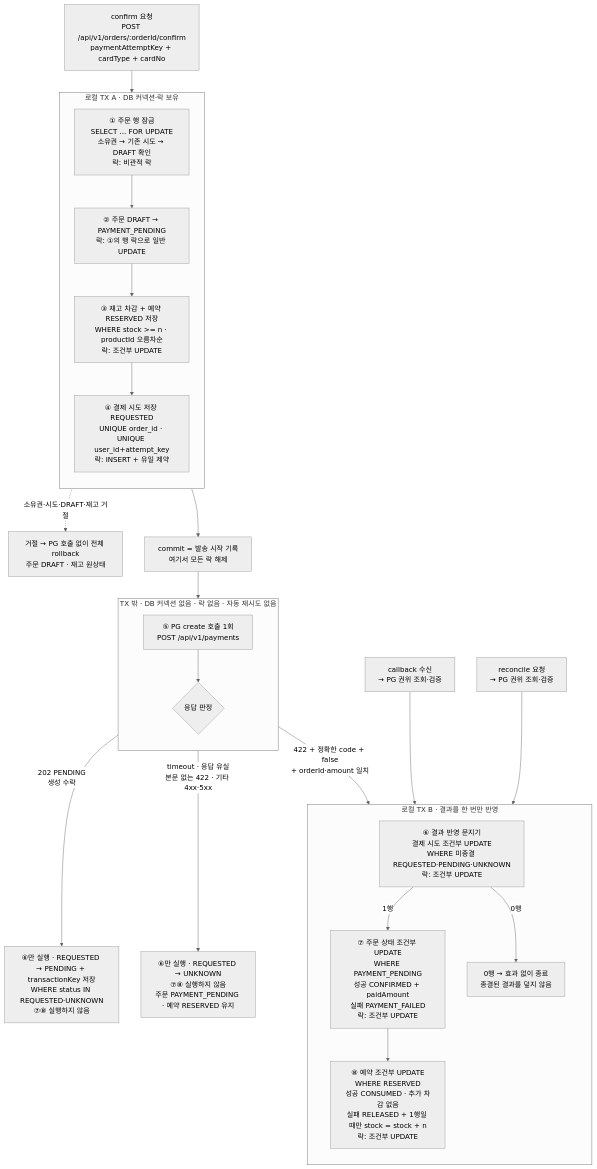
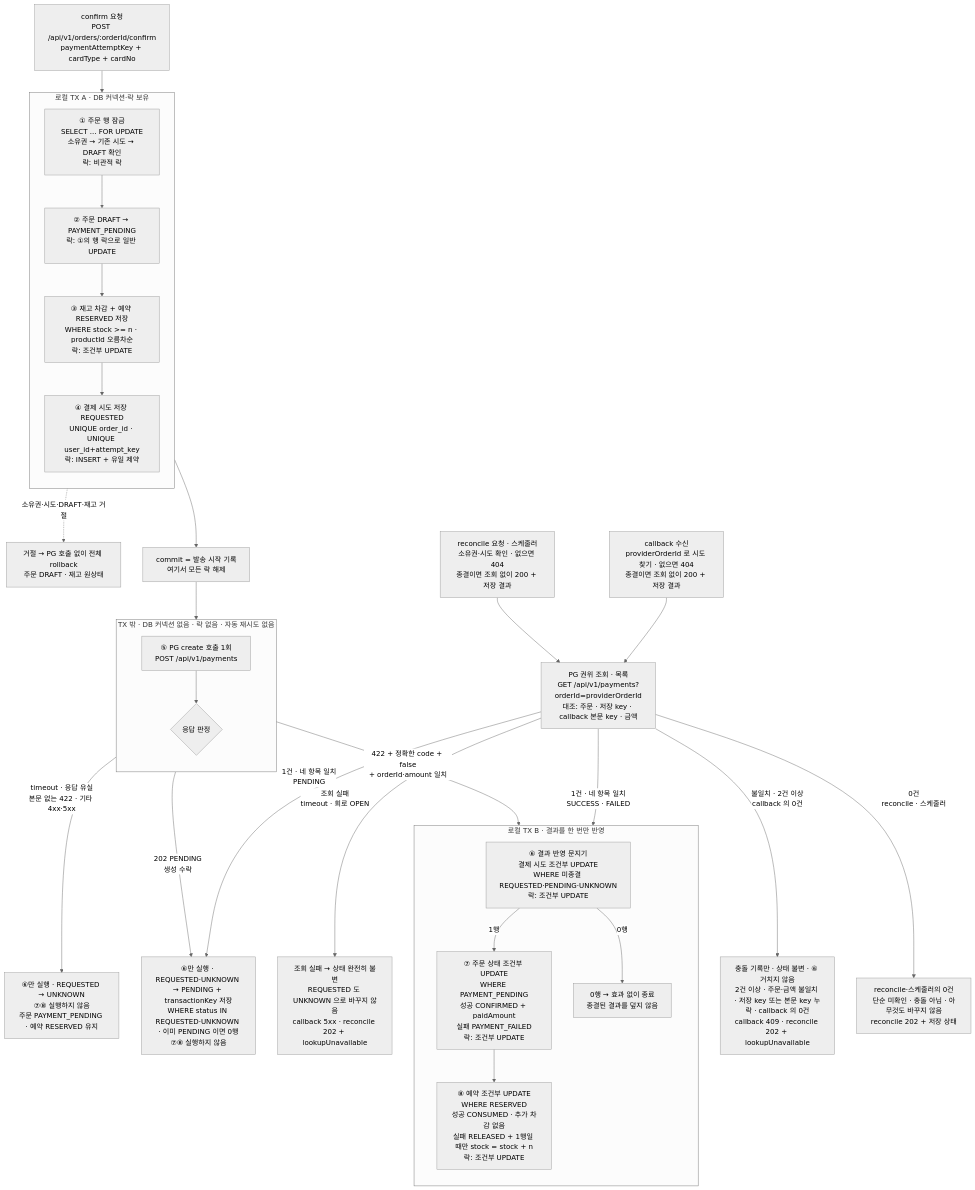
One commit to applejeong/loop-pack-be-l2-vol5-java changed the diagram in docs/week5/commerce-payment.md. Above: the diagram before and after it, drawn with Mermaid (neutral theme). The commit also changed other lines of this file and 1 other file, not shown here.

Commit message:
docs: 조회 실패 시 상태 불변·본문 key 대조·조회 기록 판단을 반영하고 1장 흐름도를 조회 결과별로 보강

````diff
--- a/docs/week5/commerce-payment.md
+++ b/docs/week5/commerce-payment.md
@@ -149,48 +151,57 @@
 ```mermaid
 flowchart TD
     REQ["confirm 요청<br/>POST /api/v1/orders/:orderId/confirm<br/>paymentAttemptKey + cardType + cardNo"]
 
     subgraph TXA["로컬 TX A · DB 커넥션·락 보유"]
         direction TB
         A1["① 주문 행 잠금<br/>SELECT ... FOR UPDATE<br/>소유권 → 기존 시도 → DRAFT 확인<br/>락: 비관적 락"]
         A2["② 주문 DRAFT → PAYMENT_PENDING<br/>락: ①의 행 락으로 일반 UPDATE"]
         A3["③ 재고 차감 + 예약 RESERVED 저장<br/>WHERE stock >= n · productId 오름차순<br/>락: 조건부 UPDATE"]
         A4["④ 결제 시도 저장 REQUESTED<br/>UNIQUE order_id · UNIQUE user_id+attempt_key<br/>락: INSERT + 유일 제약"]
         A1 --> A2 --> A3 --> A4
     end
 
     REJ["거절 → PG 호출 없이 전체 rollback<br/>주문 DRAFT · 재고 원상태"]
     CM["commit = 발송 시작 기록<br/>여기서 모든 락 해제"]
 
     subgraph OUT["TX 밖 · DB 커넥션 없음 · 락 없음 · 자동 재시도 없음"]
         direction TB
         P1["⑤ PG create 호출 1회<br/>POST /api/v1/payments"]
         P2{"응답 판정"}
         P1 --> P2
     end
 
-    CB["callback 수신<br/>→ PG 권위 조회·검증"]
-    RC["reconcile 요청<br/>→ PG 권위 조회·검증"]
+    CB["callback 수신<br/>providerOrderId 로 시도 찾기 · 없으면 404<br/>종결이면 조회 없이 200 + 저장 결과"]
+    RC["reconcile 요청 · 스케줄러<br/>소유권·시도 확인 · 없으면 404<br/>종결이면 조회 없이 200 + 저장 결과"]
+    LK["PG 권위 조회 · 목록<br/>GET /api/v1/payments?orderId=providerOrderId<br/>대조: 주문 · 저장 key · callback 본문 key · 금액"]
+    LKF["조회 실패 → 상태 완전히 불변<br/>REQUESTED 도 UNKNOWN 으로 바꾸지 않음<br/>callback 5xx · reconcile 202 + lookupUnavailable"]
+    CONF["충돌 기록만 · 상태 불변 · ⑥ 거치지 않음<br/>2건 이상 · 주문·금액 불일치 · 저장 key 또는 본문 key 누락 · callback 의 0건<br/>callback 409 · reconcile 202 + lookupUnavailable"]
+    NONE["reconcile·스케줄러의 0건<br/>단순 미확인 · 충돌 아님 · 아무것도 바꾸지 않음<br/>reconcile 202 + 저장 상태"]
 
     subgraph TXB["로컬 TX B · 결과를 한 번만 반영"]
         direction TB
         B1["⑥ 결과 반영 문지기<br/>결제 시도 조건부 UPDATE<br/>WHERE 미종결 REQUESTED·PENDING·UNKNOWN<br/>락: 조건부 UPDATE"]
         BX["0행 → 효과 없이 종료<br/>종결된 결과를 덮지 않음"]
         B2["⑦ 주문 상태 조건부 UPDATE<br/>WHERE PAYMENT_PENDING<br/>성공 CONFIRMED + paidAmount<br/>실패 PAYMENT_FAILED<br/>락: 조건부 UPDATE"]
         B3["⑧ 예약 조건부 UPDATE<br/>WHERE RESERVED<br/>성공 CONSUMED · 추가 차감 없음<br/>실패 RELEASED + 1행일 때만 stock = stock + n<br/>락: 조건부 UPDATE"]
         B1 -->|"1행"| B2 --> B3
         B1 -->|"0행"| BX
     end
 
     UNK["⑥만 실행 · REQUESTED → UNKNOWN<br/>⑦⑧ 실행하지 않음<br/>주문 PAYMENT_PENDING · 예약 RESERVED 유지"]
-    PEND["⑥만 실행 · REQUESTED → PENDING + transactionKey 저장<br/>WHERE status IN REQUESTED·UNKNOWN<br/>⑦⑧ 실행하지 않음"]
+    PEND["⑥만 실행 · REQUESTED·UNKNOWN → PENDING + transactionKey 저장<br/>WHERE status IN REQUESTED·UNKNOWN · 이미 PENDING 이면 0행<br/>⑦⑧ 실행하지 않음"]
 
     REQ --> A1
     A1 -.->|"소유권·시도·DRAFT·재고 거절"| REJ
     A4 --> CM --> P1
     P2 -->|"202 PENDING<br/>생성 수락"| PEND
     P2 -->|"422 + 정확한 code + false<br/>+ orderId·amount 일치"| B1
     P2 -->|"timeout · 응답 유실<br/>본문 없는 422 · 기타 4xx·5xx"| UNK
-    CB --> B1
-    RC --> B1
+    CB --> LK
+    RC --> LK
+    LK -->|"1건 · 네 항목 일치<br/>SUCCESS · FAILED"| B1
+    LK -->|"1건 · 네 항목 일치<br/>PENDING"| PEND
+    LK -->|"조회 실패<br/>timeout · 회로 OPEN"| LKF
+    LK -->|"불일치 · 2건 이상<br/>callback 의 0건"| CONF
+    LK -->|"0건<br/>reconcile · 스케줄러"| NONE
 ```
````
